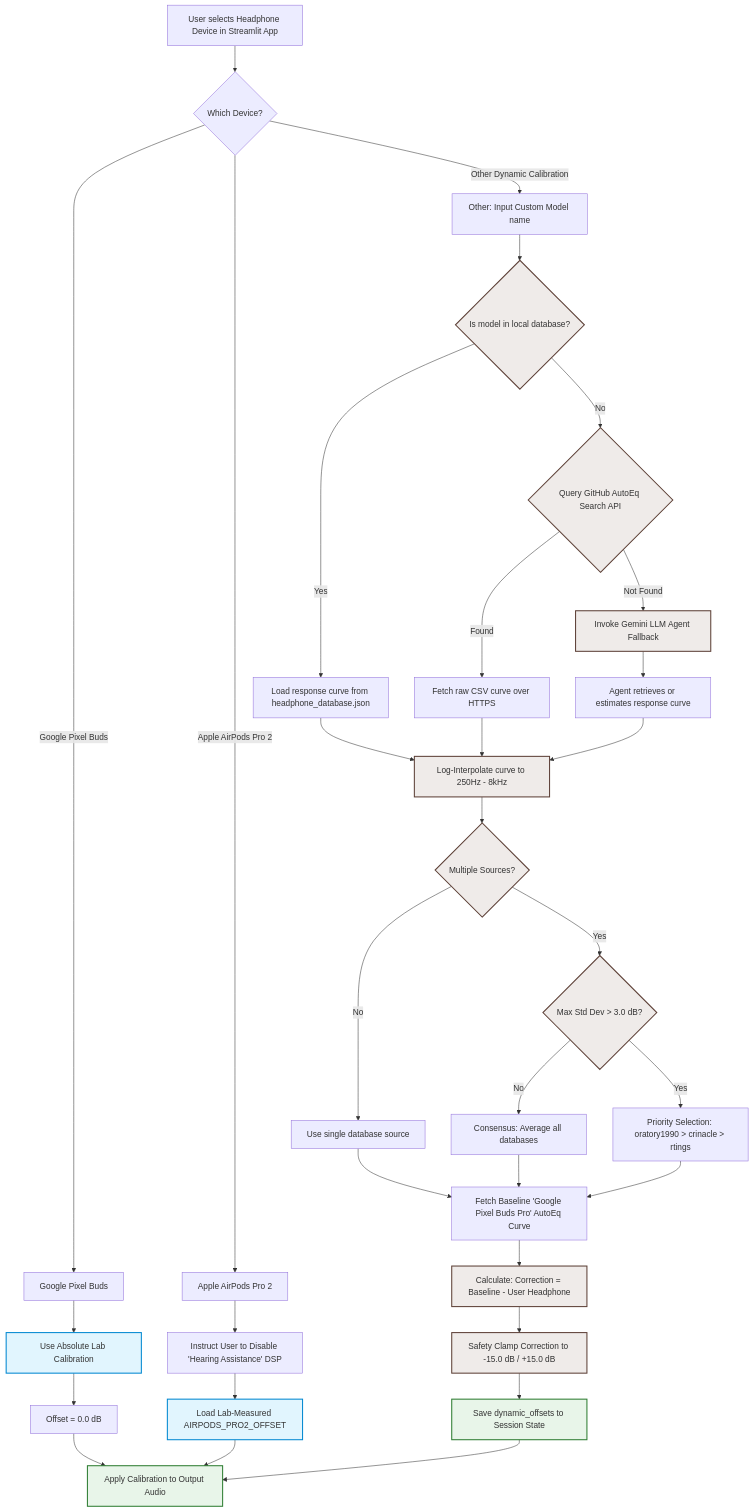
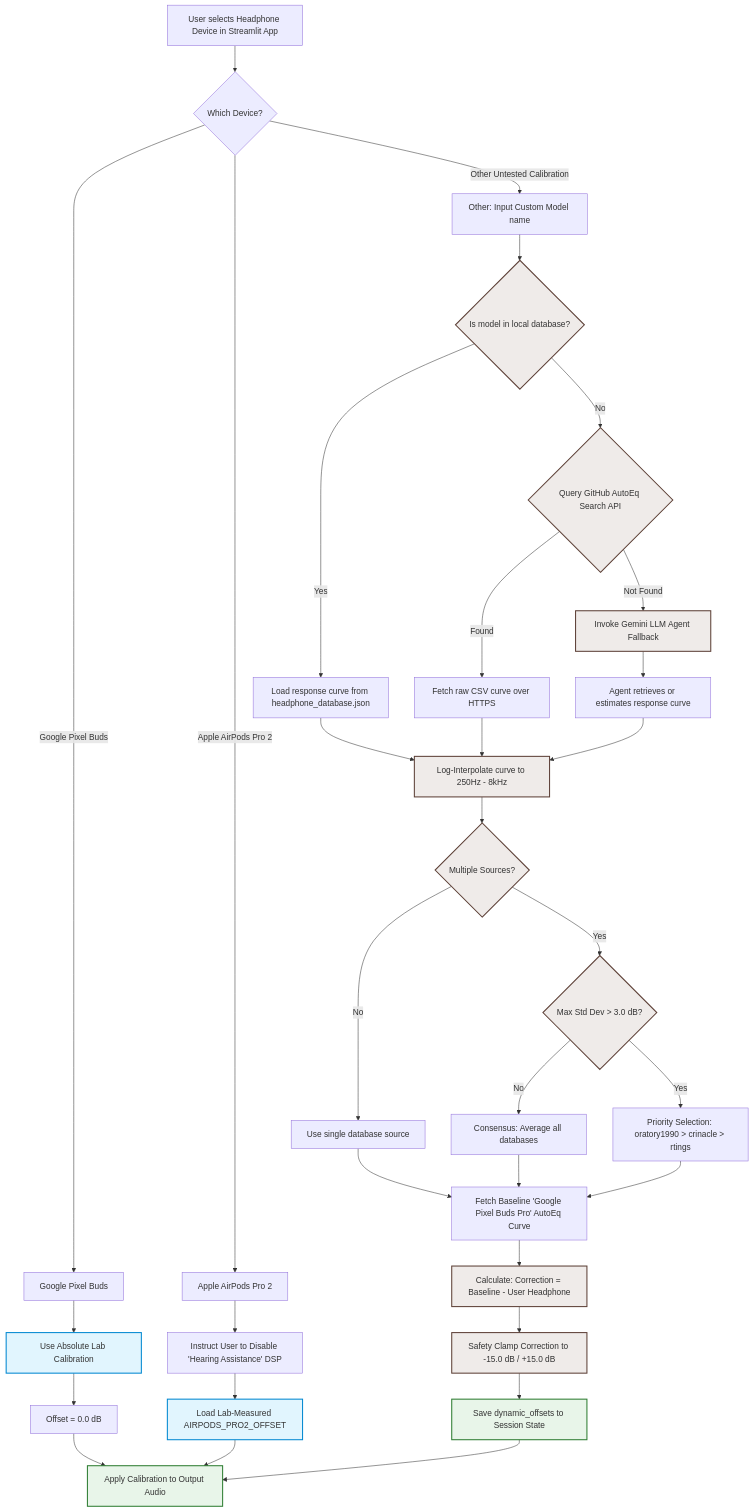
Before and after one commit to Australian-Future-Hearing-Initiative/afhi-hearing-tests-public: the diagram in README.md, drawn with Mermaid. The commit also changed other lines of this file and 1 other file, not shown here.

Commit message:
update to 'untested' instead of dynamic calibration naming

````diff
--- a/README.md
+++ b/README.md
@@ -104,57 +104,57 @@
 ```mermaid
 graph TD
     %% Styling
     classDef lab fill:#e1f5fe,stroke:#0288d1,stroke-width:2px;
     classDef dynamic fill:#efebe9,stroke:#5d4037,stroke-width:2px;
     classDef system fill:#e8f5e9,stroke:#2e7d32,stroke-width:2px;
     
     Start[User selects Headphone Device in Streamlit App] --> DeviceSelect{Which Device?}
     
     %% Pixel Buds Path
     DeviceSelect -->|Google Pixel Buds| PB[Google Pixel Buds]
     PB --> PB_Calc[Use Absolute Lab Calibration]
     PB_Calc --> PB_Offset[Offset = 0.0 dB]
     PB_Offset --> Apply[Apply Calibration to Output Audio]
     
     %% AirPods Path
     DeviceSelect -->|Apple AirPods Pro 2| AP[Apple AirPods Pro 2]
     AP --> AP_Warning[Instruct User to Disable 'Hearing Assistance' DSP]
     AP_Warning --> AP_Calc[Load Lab-Measured AIRPODS_PRO2_OFFSET]
     AP_Calc --> Apply
     
     %% Dynamic Path
-    DeviceSelect -->|Other Dynamic Calibration| Other[Other: Input Custom Model name]
+    DeviceSelect -->|Other Untested Calibration| Other[Other: Input Custom Model name]
     Other --> SearchDb{Is model in local database?}
     
     SearchDb -->|Yes| LocalLoad[Load response curve from headphone_database.json]
     SearchDb -->|No| GithubSearch{Query GitHub AutoEq Search API}
     
     GithubSearch -->|Found| GithubFetch[Fetch raw CSV curve over HTTPS]
     GithubSearch -->|Not Found| LLM[Invoke Gemini LLM Agent Fallback]
     LLM --> LLM_Estimate[Agent retrieves or estimates response curve]
     
     LocalLoad --> Interpolate[Log-Interpolate curve to 250Hz - 8kHz]
     GithubFetch --> Interpolate
     LLM_Estimate --> Interpolate
     
     Interpolate --> Vet{Multiple Sources?}
     Vet -->|No| Single[Use single database source]
     Vet -->|Yes| DevCheck{Max Std Dev > 3.0 dB?}
     
     DevCheck -->|No| Avg[Consensus: Average all databases]
     DevCheck -->|Yes| Priority[Priority Selection: oratory1990 > crinacle > rtings]
     
     Single --> GetBaseline[Fetch Baseline 'Google Pixel Buds Pro' AutoEq Curve]
     Avg --> GetBaseline
     Priority --> GetBaseline
     
     GetBaseline --> Sub[Calculate: Correction = Baseline - User Headphone]
     Sub --> Clamp[Safety Clamp Correction to -15.0 dB / +15.0 dB]
     Clamp --> Save[Save dynamic_offsets to Session State]
     Save --> Apply
     
     %% Apply classes
     class PB_Calc,AP_Calc lab;
     class SearchDb,GithubSearch,LLM,Interpolate,Vet,DevCheck,Sub,Clamp dynamic;
     class Apply,Save system;
 ```
````
